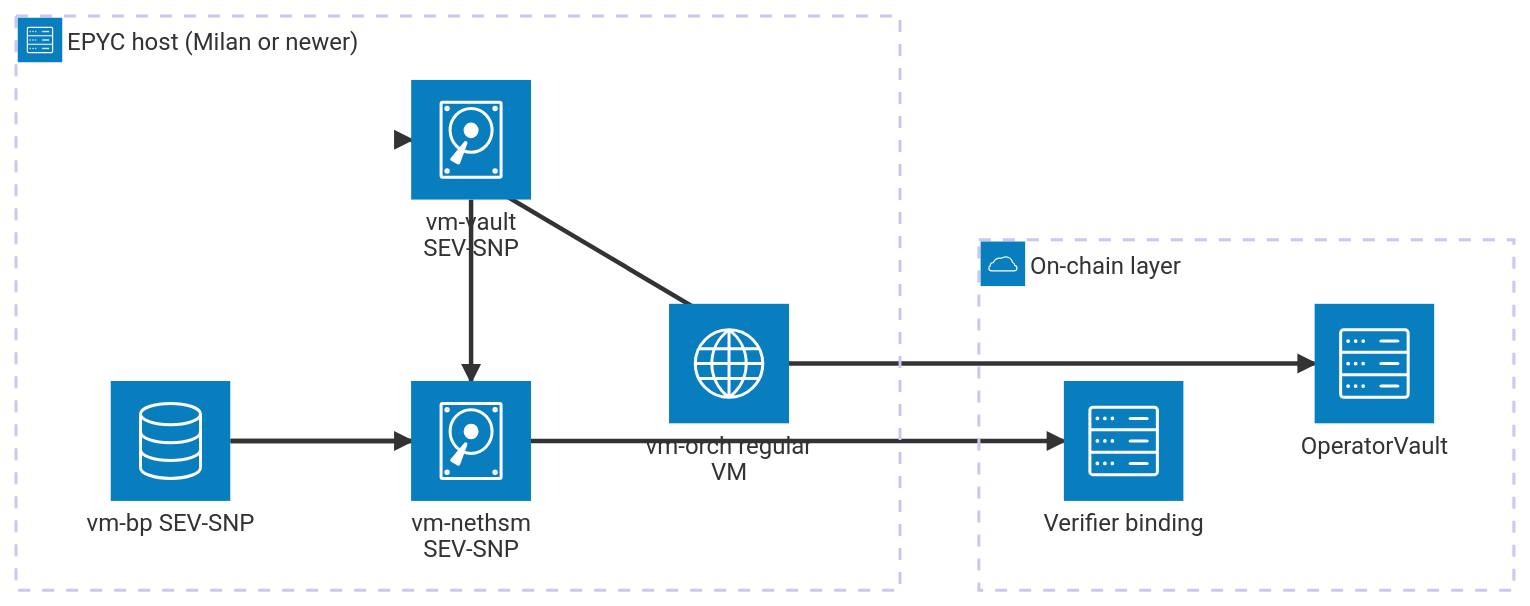
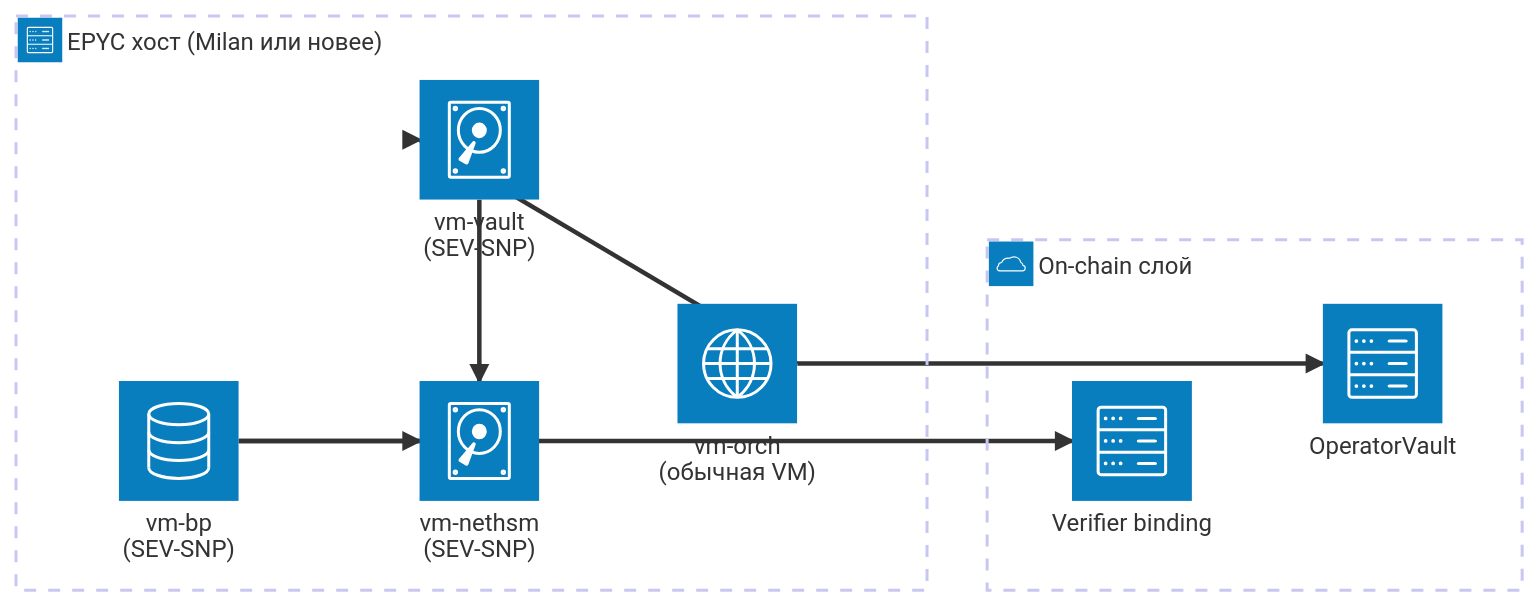
One commit to igor53627/2d-docs changed the third of 3 diagrams in src/content/docs/ru/architecture/hsm-topology.mdx. Above: the diagram before and after it, drawn with Mermaid. The commit also changed other lines of this file and 17 other files, not shown here.

````diff
--- a/src/content/docs/ru/architecture/hsm-topology.mdx
+++ b/src/content/docs/ru/architecture/hsm-topology.mdx
@@ -111,19 +111,19 @@
 ```mermaid
 architecture-beta
-  group epyc(server)["EPYC host (Milan or newer)"]
+  group epyc(server)["EPYC хост (Milan или новее)"]
 
-  service orch(internet)["vm-orch regular VM"] in epyc
-  service vault(disk)["vm-vault SEV-SNP"] in epyc
-  service bp(database)["vm-bp SEV-SNP"] in epyc
-  service hsm(disk)["vm-nethsm SEV-SNP"] in epyc
+  service orch(internet)["vm-orch (обычная VM)"] in epyc
+  service vault(disk)["vm-vault (SEV-SNP)"] in epyc
+  service bp(database)["vm-bp (SEV-SNP)"] in epyc
+  service hsm(disk)["vm-nethsm (SEV-SNP)"] in epyc
 
-  group onchain(cloud)["On-chain layer"]
+  group onchain(cloud)["On-chain слой"]
   service ovault(server)["OperatorVault"] in onchain
   service verifier(server)["Verifier binding"] in onchain
 
   orch:R --> L:vault
   vault:B --> T:hsm
   bp:R --> L:hsm
   orch:R --> L:ovault
   bp:R --> L:verifier
 ```
````
